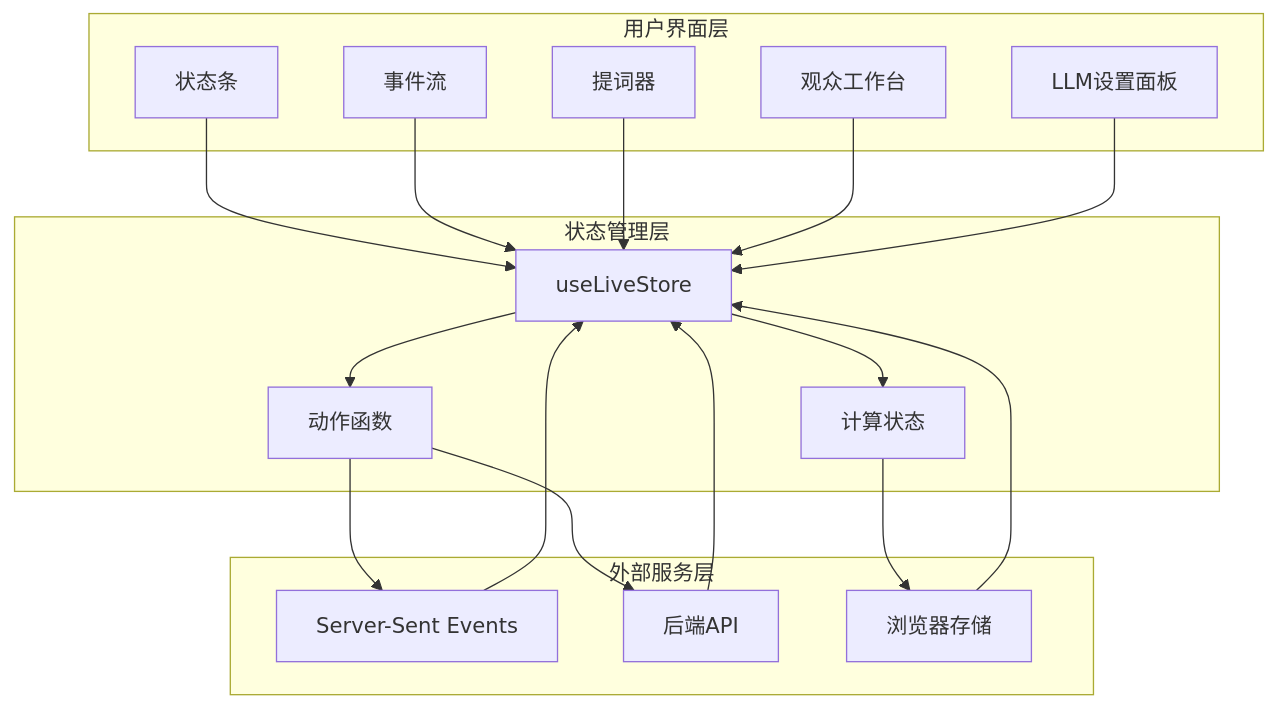
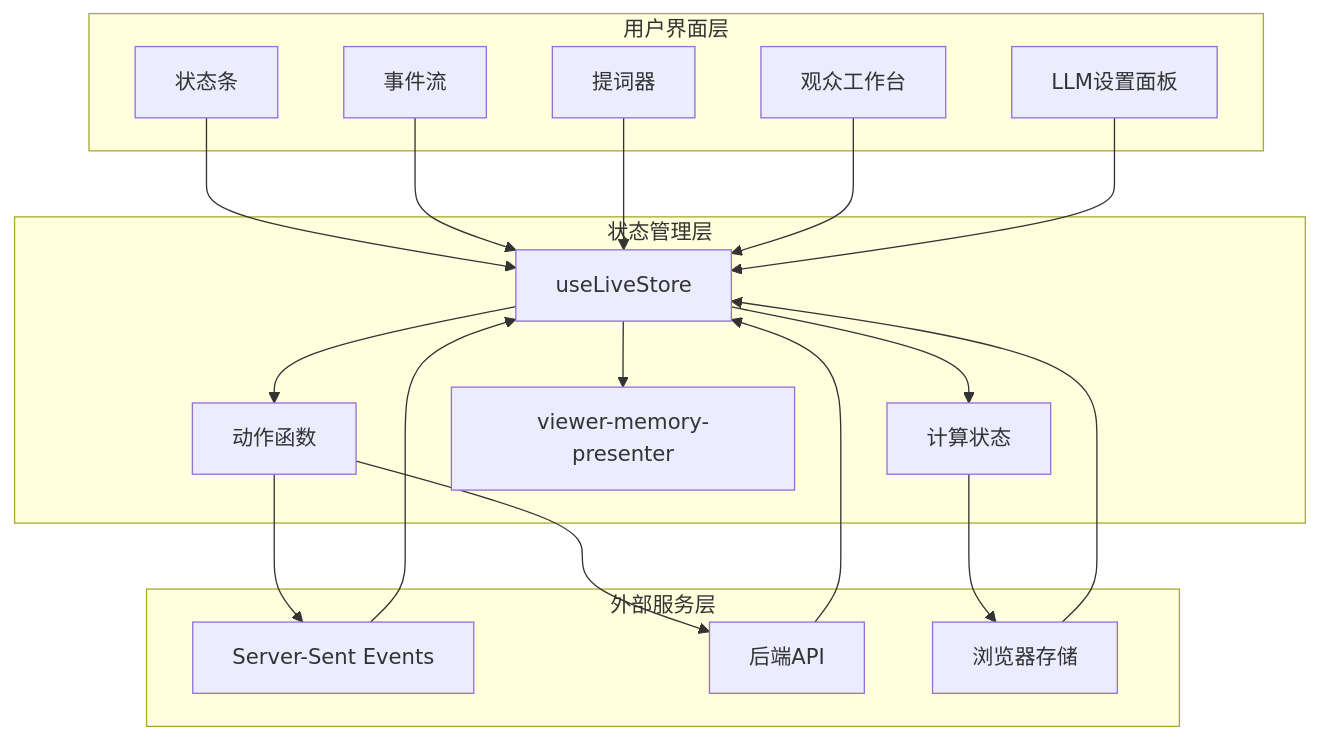
Before and after one commit to Moon-Force/DouYin_llm: the third of 22 diagrams in .qoder/repowiki/zh/content/前端应用/状态管理 (Pinia).md, drawn with Mermaid. The commit also changed other lines of this file and 17 other files, not shown here.

````diff
--- a/.qoder/repowiki/zh/content/前端应用/状态管理 (Pinia).md
+++ b/.qoder/repowiki/zh/content/前端应用/状态管理 (Pinia).md
@@ -126,33 +141,35 @@
 ```mermaid
 graph TB
 subgraph "用户界面层"
 StatusStrip[状态条]
 EventFeed[事件流]
 Teleprompter[提词器]
 ViewerWorkbench[观众工作台]
 LlmSettings[LLM设置面板]
 end
 subgraph "状态管理层"
 LiveStore[useLiveStore]
 ComputedStates[计算状态]
 Actions[动作函数]
+Presenter[viewer-memory-presenter]
 end
 subgraph "外部服务层"
 SSE[Server-Sent Events]
 Backend[后端API]
 LocalStorage[浏览器存储]
 end
 StatusStrip --> LiveStore
 EventFeed --> LiveStore
 Teleprompter --> LiveStore
 ViewerWorkbench --> LiveStore
 LlmSettings --> LiveStore
 LiveStore --> ComputedStates
 LiveStore --> Actions
+LiveStore --> Presenter
 Actions --> SSE
 Actions --> Backend
 ComputedStates --> LocalStorage
 SSE --> LiveStore
 Backend --> LiveStore
 LocalStorage --> LiveStore
 ```
````
